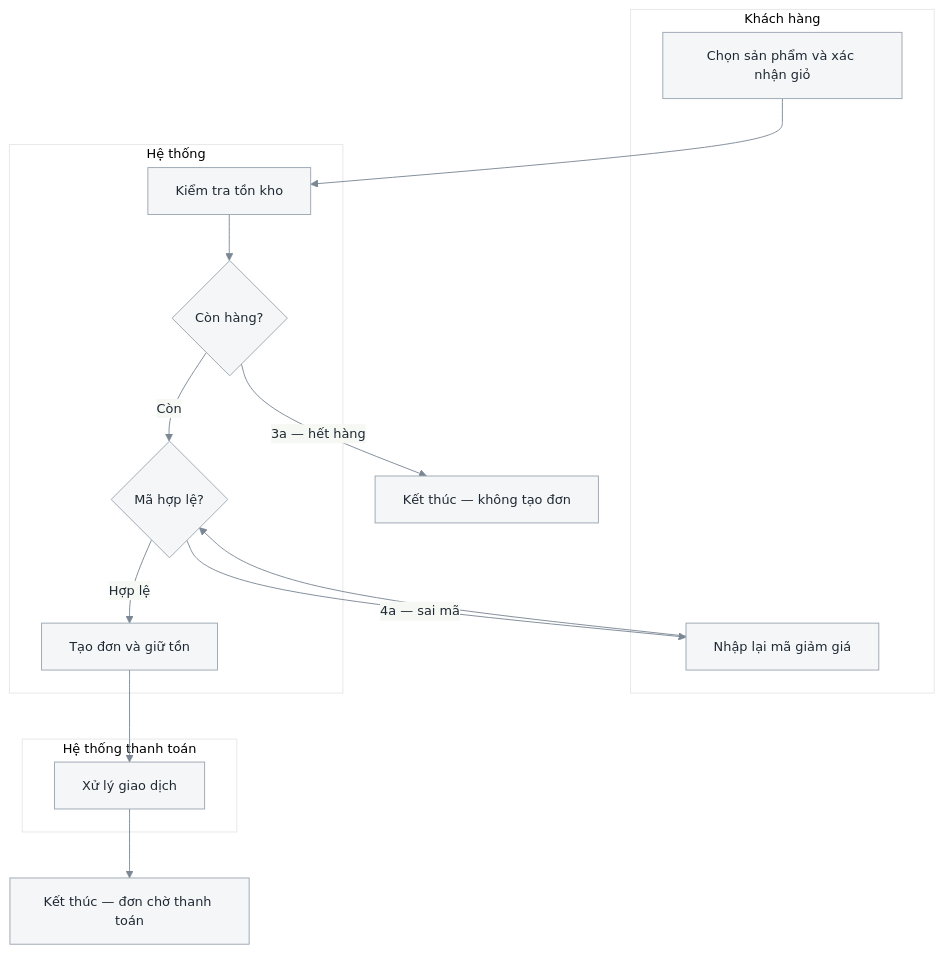
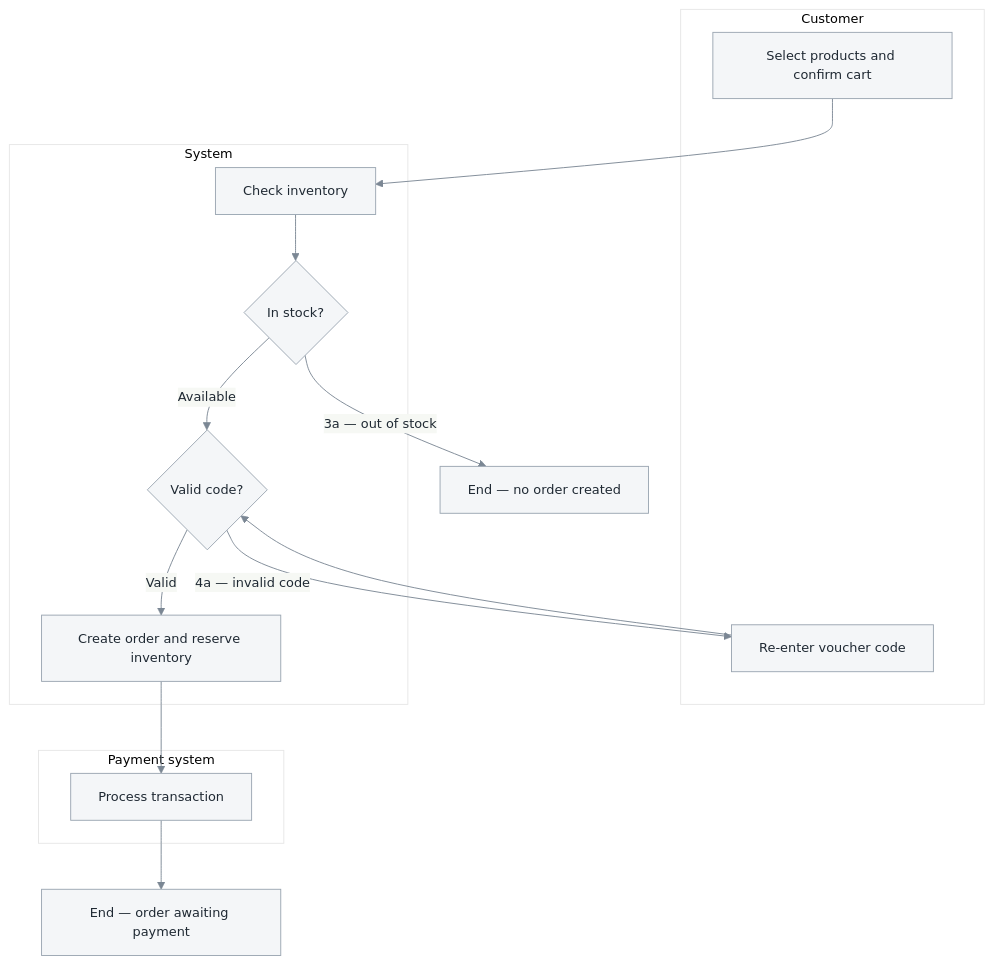
The diagram in references/2.3-use-case-specs.md (edwintruong/skills), drawn with Mermaid before and after one commit. The commit also changed other lines of this file and 25 other files, not shown here.

````diff
--- a/references/2.3-use-case-specs.md
+++ b/references/2.3-use-case-specs.md
@@ -181,23 +181,23 @@
 ```mermaid
 %%{init: {'theme':'base','themeVariables':{'primaryColor':'#f4f6f8','primaryTextColor':'#1f2933','primaryBorderColor':'#9aa5b1','lineColor':'#7b8794','fontFamily':'ui-sans-serif, system-ui, sans-serif','fontSize':'14px'}}}%%
 flowchart TD
-    subgraph kh[Khách hàng]
-        a1[Chọn sản phẩm và xác nhận giỏ]
-        a2[Nhập lại mã giảm giá]
+    subgraph kh[Customer]
+        a1[Select products and confirm cart]
+        a2[Re-enter voucher code]
     end
-    subgraph sys[Hệ thống]
-        s1[Kiểm tra tồn kho]
-        s2{Còn hàng?}
-        s3{Mã hợp lệ?}
-        s4[Tạo đơn và giữ tồn]
+    subgraph sys[System]
+        s1[Check inventory]
+        s2{In stock?}
+        s3{Valid code?}
+        s4[Create order and reserve inventory]
     end
-    subgraph pay[Hệ thống thanh toán]
-        p1[Xử lý giao dịch]
+    subgraph pay[Payment system]
+        p1[Process transaction]
     end
 
     a1 --> s1 --> s2
-    s2 -->|3a — hết hàng| het[Kết thúc — không tạo đơn]
-    s2 -->|Còn| s3
-    s3 -->|4a — sai mã| a2 --> s3
-    s3 -->|Hợp lệ| s4 --> p1 --> ok[Kết thúc — đơn chờ thanh toán]
+    s2 -->|3a — out of stock| het[End — no order created]
+    s2 -->|Available| s3
+    s3 -->|4a — invalid code| a2 --> s3
+    s3 -->|Valid| s4 --> p1 --> ok[End — order awaiting payment]
 ```
````
